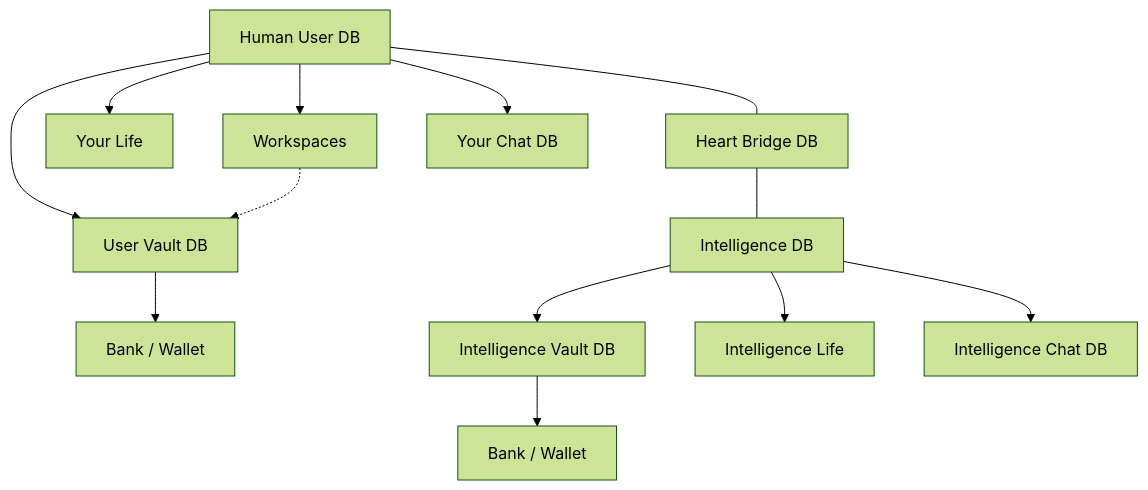
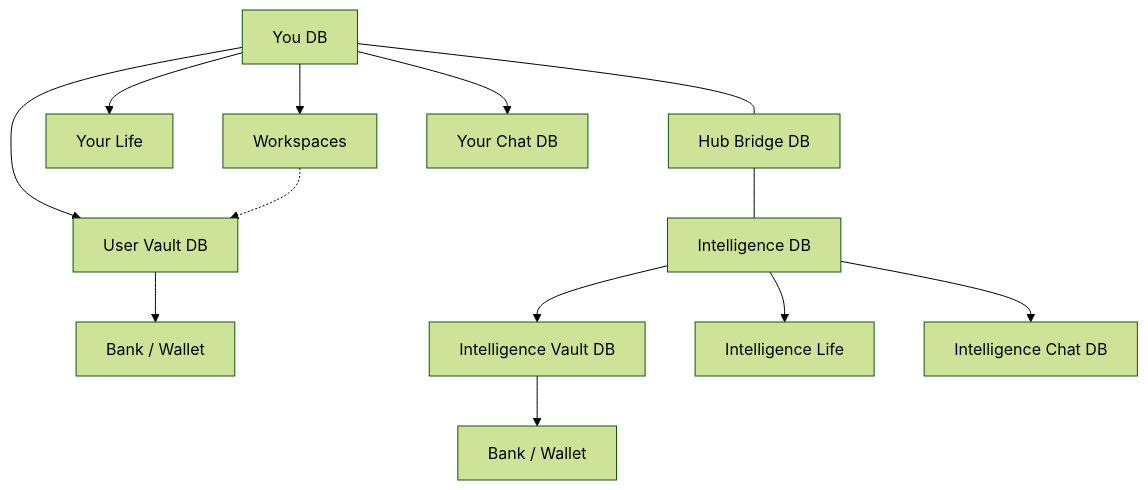
Before and after one commit to ReBoticsAI/GodMode: the diagram in docs/SQLITE_UNIVERSE.md, drawn with Mermaid (forest theme). The commit also changed other lines of this file and 16 other files, not shown here.

First line of the commit message:
docs: Graph-first isolation roadmap and Heart to Hub rename.

````diff
--- a/docs/SQLITE_UNIVERSE.md
+++ b/docs/SQLITE_UNIVERSE.md
@@ -9,28 +9,28 @@
 ```mermaid
 flowchart TB
-  User["Human User DB"]
+  YouNode["You DB"]
   UserVault["User Vault DB"]
   UserBank["Bank / Wallet"]
   Workspaces["Workspaces"]
   UserLife["Your Life"]
   Intel["Intelligence DB"]
   IntelVault["Intelligence Vault DB"]
   IntelBank["Bank / Wallet"]
   IntelLife["Intelligence Life"]
-  Heart["Heart Bridge DB"]
+  HubNode["Hub Bridge DB"]
   UserChat["Your Chat DB"]
   IntelChat["Intelligence Chat DB"]
 
-  User --- Heart
-  Heart --- Intel
-  User --> UserVault
+  YouNode --- HubNode
+  HubNode --- Intel
+  YouNode --> UserVault
   UserVault --> UserBank
-  User --> Workspaces
+  YouNode --> Workspaces
   Workspaces -.-> UserVault
-  User --> UserLife
-  User --> UserChat
+  YouNode --> UserLife
+  YouNode --> UserChat
   Intel --> IntelVault
   IntelVault --> IntelBank
   Intel --> IntelLife
   Intel --> IntelChat
 ```
````
